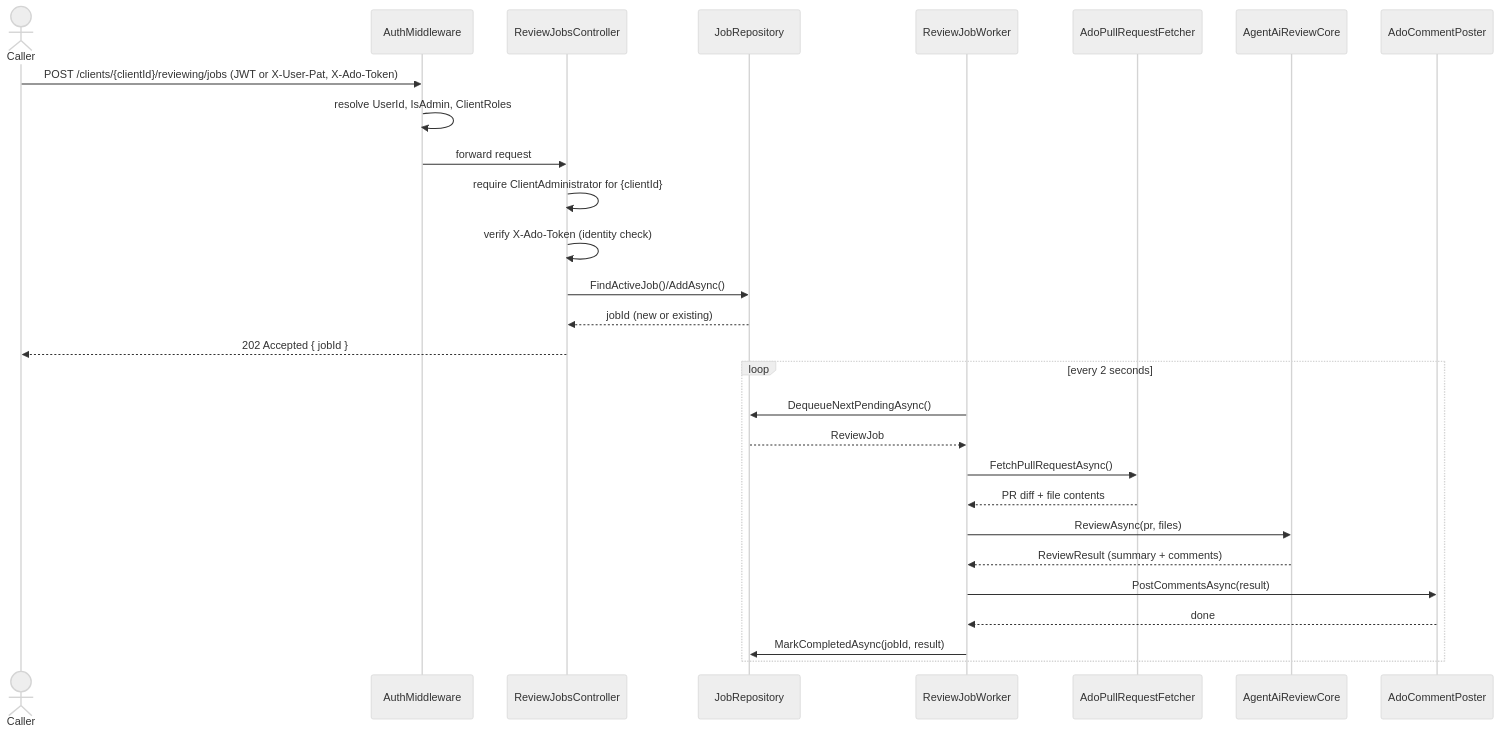
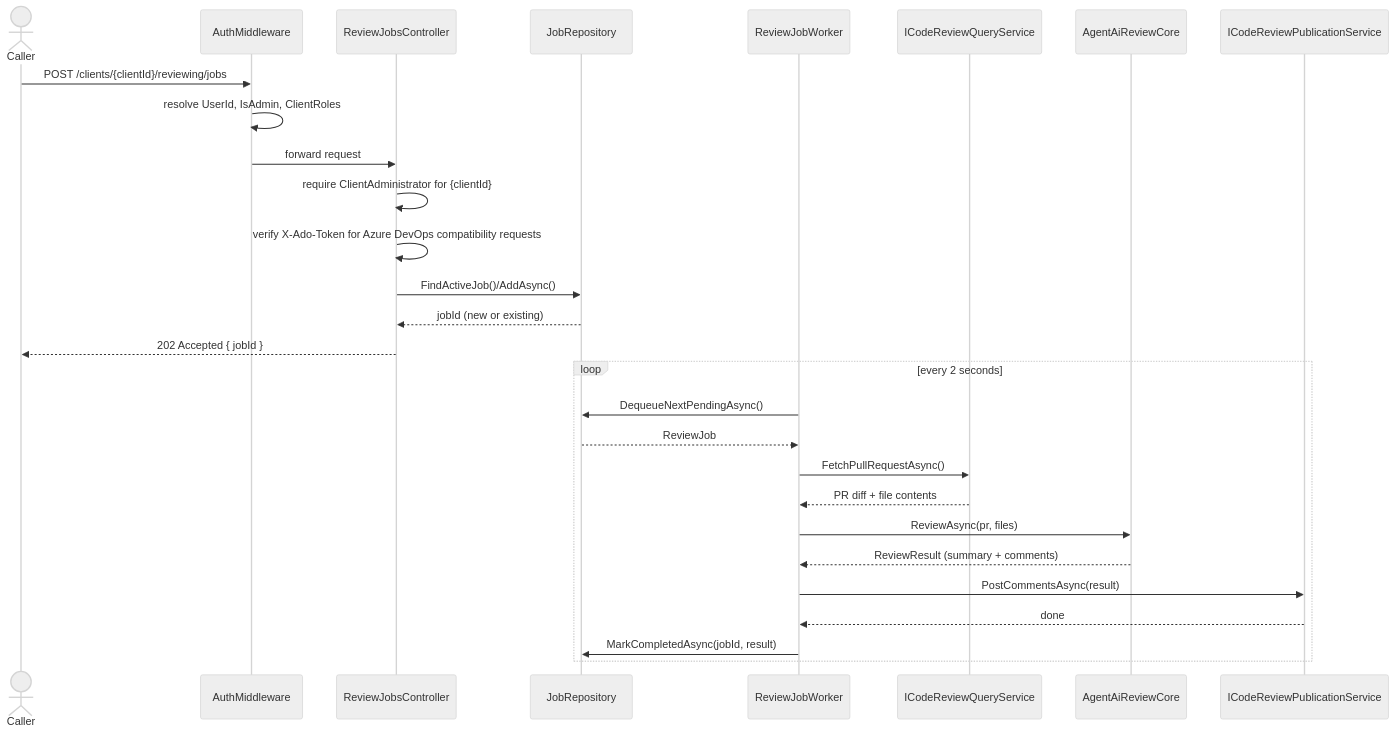
One commit to meister-dev-ai/propr changed the first of 3 diagrams in docs/architecture/reviewing-workflows.md. Above: the diagram before and after it, drawn with Mermaid (neutral theme). The commit also changed other lines of this file and 789 other files, not shown here.

````diff
--- a/docs/architecture/reviewing-workflows.md
+++ b/docs/architecture/reviewing-workflows.md
@@ -8,32 +8,32 @@
 ```mermaid
 sequenceDiagram
     actor Caller
     participant MW as AuthMiddleware
     participant RC as ReviewJobsController
     participant JR as JobRepository
     participant WK as ReviewJobWorker
-    participant PF as AdoPullRequestFetcher
+    participant PF as ICodeReviewQueryService
     participant AI as AgentAiReviewCore
-    participant CP as AdoCommentPoster
+    participant CP as ICodeReviewPublicationService
 
-    Caller->>MW: POST /clients/{clientId}/reviewing/jobs (JWT or X-User-Pat, X-Ado-Token)
+    Caller->>MW: POST /clients/{clientId}/reviewing/jobs
     MW->>MW: resolve UserId, IsAdmin, ClientRoles
     MW->>RC: forward request
     RC->>RC: require ClientAdministrator for {clientId}
-    RC->>RC: verify X-Ado-Token (identity check)
+    RC->>RC: verify X-Ado-Token for Azure DevOps compatibility requests
     RC->>JR: FindActiveJob()/AddAsync()
     JR-->>RC: jobId (new or existing)
     RC-->>Caller: 202 Accepted { jobId }
 
     loop every 2 seconds
         WK->>JR: DequeueNextPendingAsync()
         JR-->>WK: ReviewJob
         WK->>PF: FetchPullRequestAsync()
         PF-->>WK: PR diff + file contents
         WK->>AI: ReviewAsync(pr, files)
         AI-->>WK: ReviewResult (summary + comments)
         WK->>CP: PostCommentsAsync(result)
         CP-->>WK: done
         WK->>JR: MarkCompletedAsync(jobId, result)
     end
 ```
````
